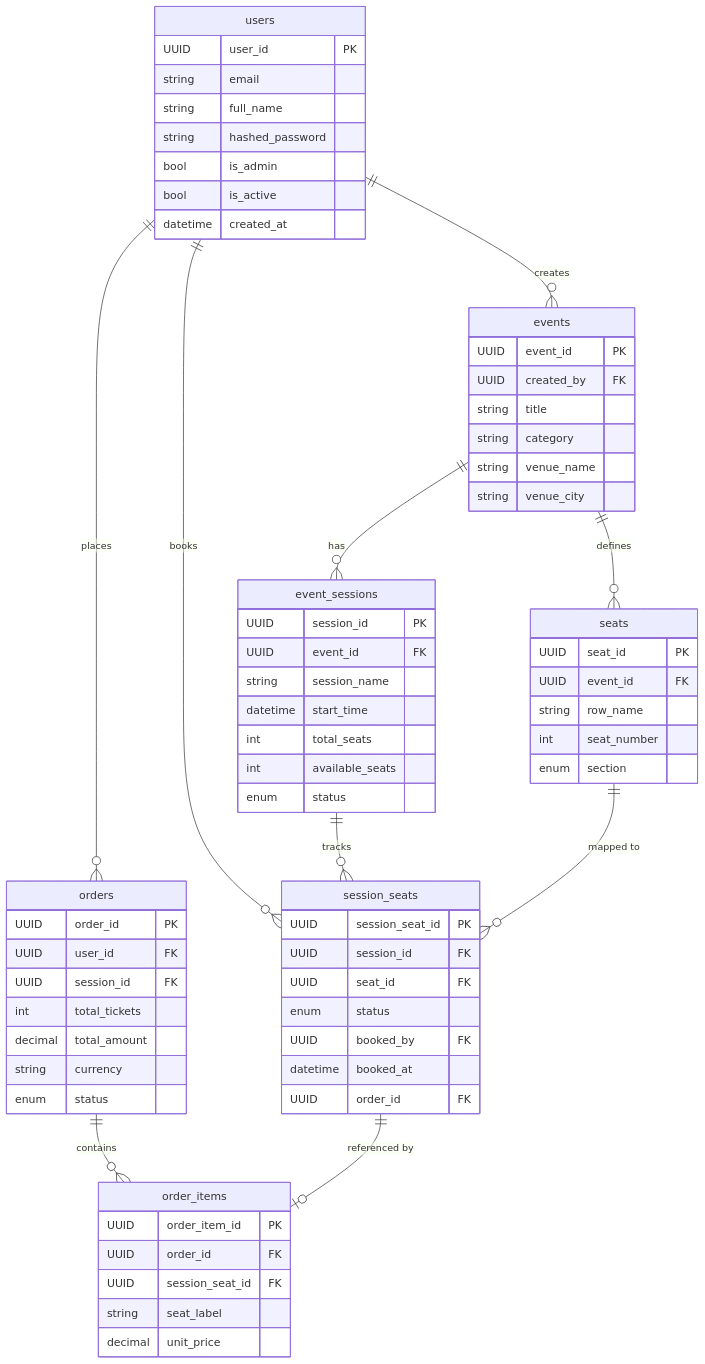
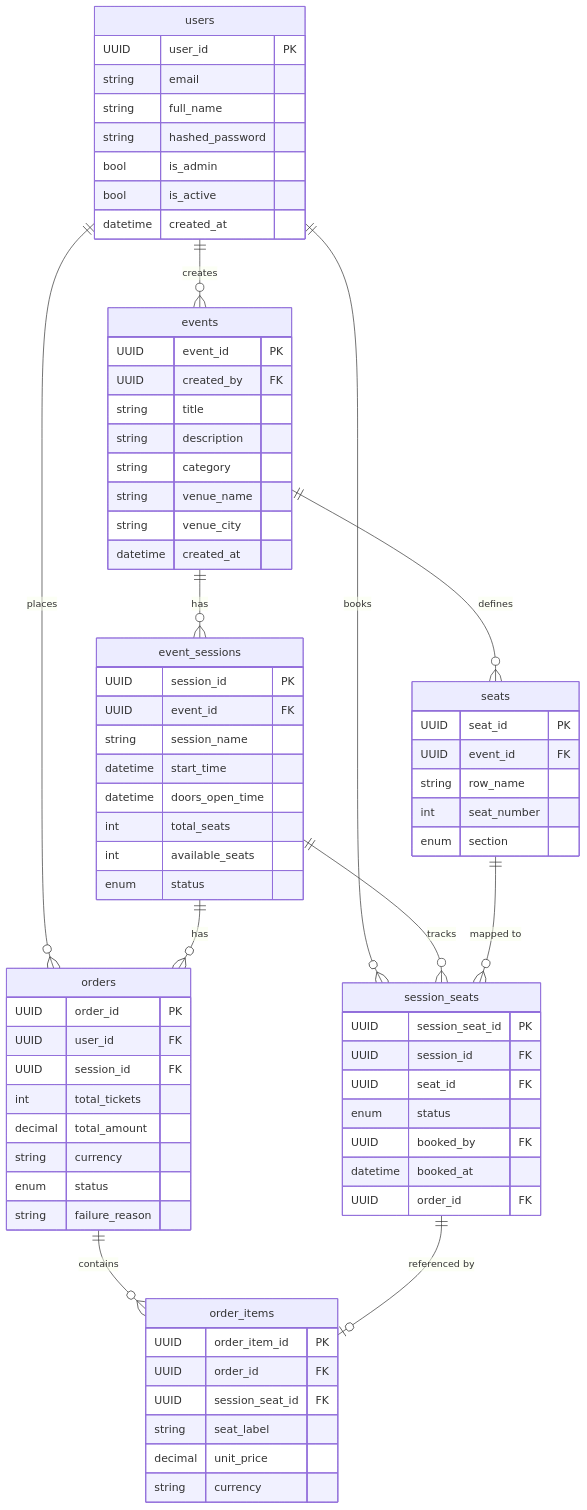
One commit to Shailendra0801/FlashSeat changed the second of 4 diagrams in README.md. Above: the diagram before and after it, drawn with Mermaid. The commit also changed other lines of this file, not shown here.

````diff
--- a/README.md
+++ b/README.md
@@ -347,71 +402,77 @@
 ```mermaid
 erDiagram
     users {
         UUID user_id PK
         string email
         string full_name
         string hashed_password
         bool is_admin
         bool is_active
         datetime created_at
     }
     events {
         UUID event_id PK
         UUID created_by FK
         string title
+        string description
         string category
         string venue_name
         string venue_city
+        datetime created_at
     }
     event_sessions {
         UUID session_id PK
         UUID event_id FK
         string session_name
         datetime start_time
+        datetime doors_open_time
         int total_seats
         int available_seats
         enum status
     }
     seats {
         UUID seat_id PK
         UUID event_id FK
         string row_name
         int seat_number
         enum section
     }
     session_seats {
         UUID session_seat_id PK
         UUID session_id FK
         UUID seat_id FK
         enum status
         UUID booked_by FK
         datetime booked_at
         UUID order_id FK
     }
     orders {
         UUID order_id PK
         UUID user_id FK
         UUID session_id FK
         int total_tickets
         decimal total_amount
         string currency
         enum status
+        string failure_reason
     }
     order_items {
         UUID order_item_id PK
         UUID order_id FK
         UUID session_seat_id FK
         string seat_label
         decimal unit_price
+        string currency
     }
 
     users ||--o{ events : "creates"
     users ||--o{ orders : "places"
     users ||--o{ session_seats : "books"
     events ||--o{ event_sessions : "has"
     events ||--o{ seats : "defines"
     event_sessions ||--o{ session_seats : "tracks"
+    event_sessions ||--o{ orders : "has"
     seats ||--o{ session_seats : "mapped to"
     orders ||--o{ order_items : "contains"
     session_seats ||--o| order_items : "referenced by"
 ```
````
